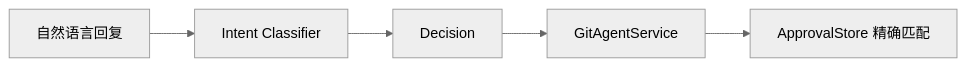
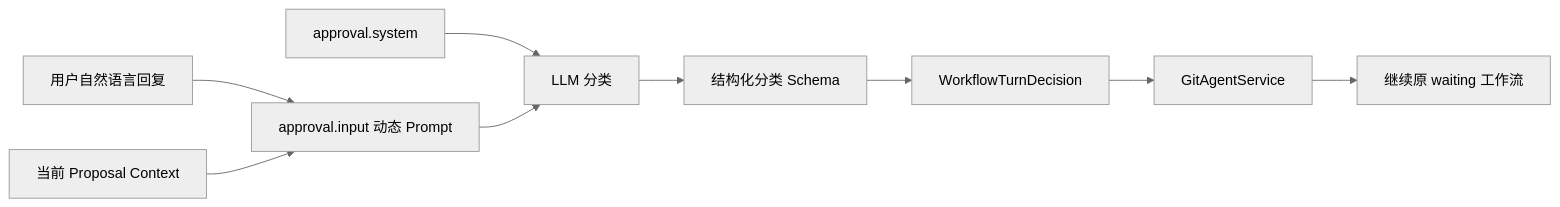
Diagram 11 of 12 in docs/13-application-config-and-prompts.md (Arthur999459up/GitAgent), drawn with Mermaid (neutral theme) before and after one commit. The commit also changed other lines of this file and 16 other files, not shown here.

````diff
--- a/docs/13-application-config-and-prompts.md
+++ b/docs/13-application-config-and-prompts.md
@@ -355,7 +505,11 @@
 ```mermaid
 flowchart LR
-    U[自然语言回复] --> C[Intent Classifier]
-    C --> D[Decision]
-    D --> S[GitAgentService]
-    S --> A[ApprovalStore 精确匹配]
+    U[用户自然语言回复] --> PI[approval.input 动态 Prompt]
+    C[当前 Proposal Context] --> PI
+    SYS[approval.system] --> LLM[LLM 分类]
+    PI --> LLM
+    LLM --> SCHEMA[结构化分类 Schema]
+    SCHEMA --> D[WorkflowTurnDecision]
+    D --> SVC[GitAgentService]
+    SVC --> FLOW[继续原 waiting 工作流]
 ```
````
